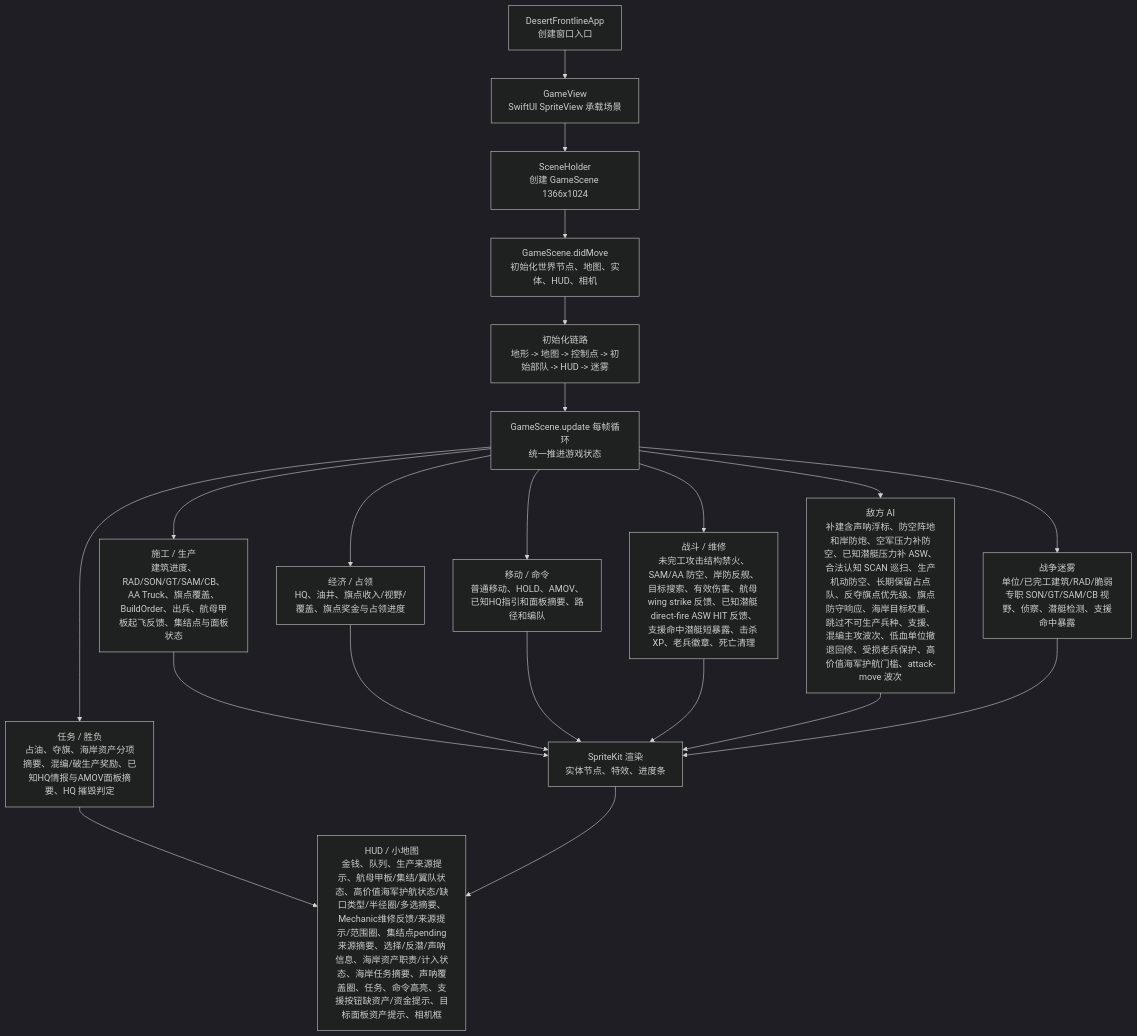
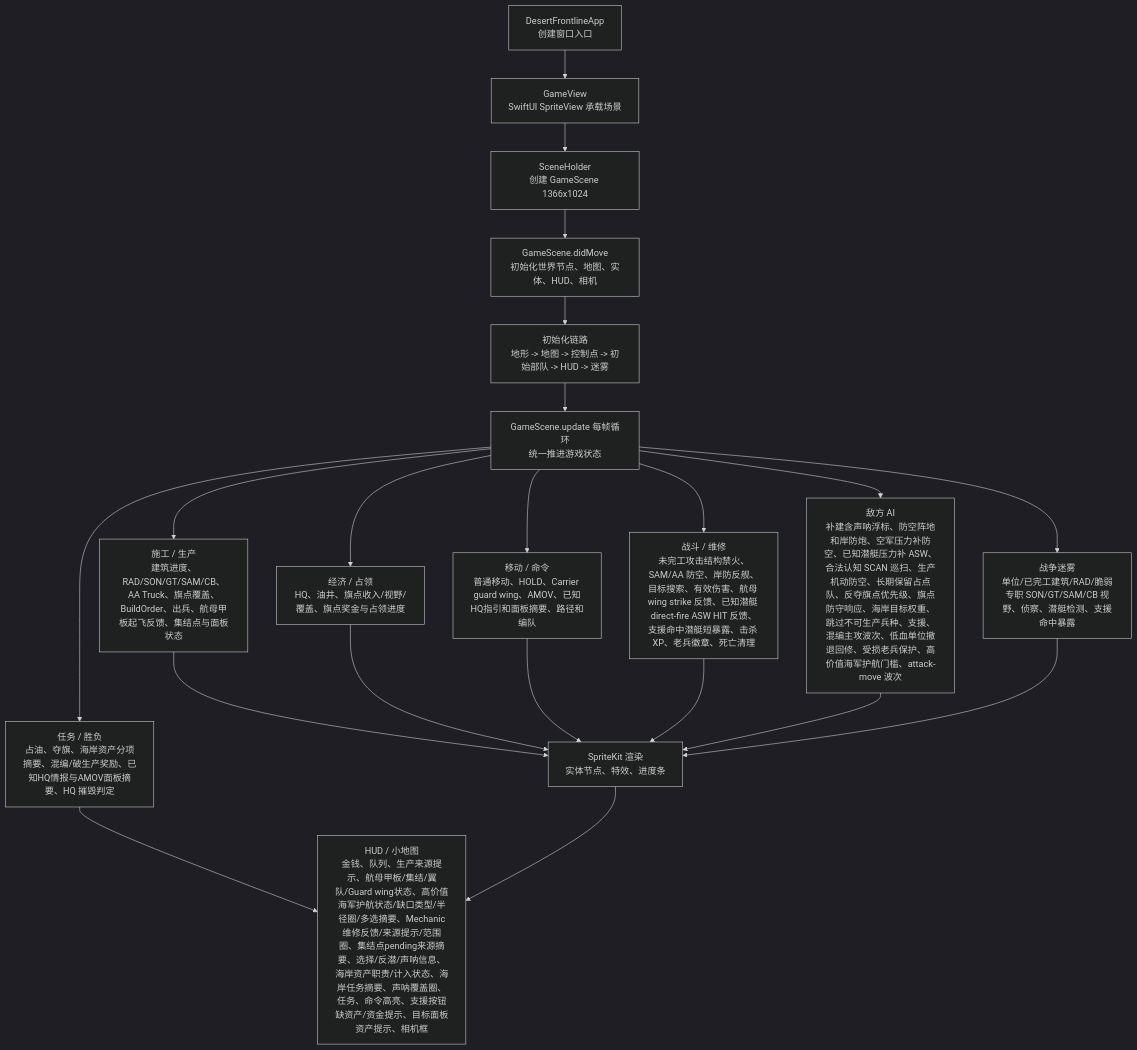
The first of 3 diagrams in md/flow/flowchart.md (Altman-sam114/1145), drawn with Mermaid (dark theme) before and after one commit. The commit also changed other lines of this file and 4 other files, not shown here.

````diff
--- a/md/flow/flowchart.md
+++ b/md/flow/flowchart.md
@@ -9,23 +9,23 @@
 ```mermaid
 flowchart TD
   App["DesertFrontlineApp\n创建窗口入口"] --> View["GameView\nSwiftUI SpriteView 承载场景"]
   View --> Holder["SceneHolder\n创建 GameScene 1366x1024"]
   Holder --> Scene["GameScene.didMove\n初始化世界节点、地图、实体、HUD、相机"]
   Scene --> Init["初始化链路\n地形 -> 地图 -> 控制点 -> 初始部队 -> HUD -> 迷雾"]
   Init --> Loop["GameScene.update 每帧循环\n统一推进游戏状态"]
   Loop --> Build["施工 / 生产\n建筑进度、RAD/SON/GT/SAM/CB、AA Truck、旗点覆盖、BuildOrder、出兵、航母甲板起飞反馈、集结点与面板状态"]
   Loop --> Economy["经济 / 占领\nHQ、油井、旗点收入/视野/覆盖、旗点奖金与占领进度"]
-  Loop --> Commands["移动 / 命令\n普通移动、HOLD、AMOV、已知HQ指引和面板摘要、路径和编队"]
+  Loop --> Commands["移动 / 命令\n普通移动、HOLD、Carrier guard wing、AMOV、已知HQ指引和面板摘要、路径和编队"]
   Loop --> Combat["战斗 / 维修\n未完工攻击结构禁火、SAM/AA 防空、岸防反舰、目标搜索、有效伤害、航母 wing strike 反馈、已知潜艇 direct-fire ASW HIT 反馈、支援命中潜艇短暴露、击杀 XP、老兵徽章、死亡清理"]
   Loop --> AI["敌方 AI\n补建含声呐浮标、防空阵地和岸防炮、空军压力补防空、已知潜艇压力补 ASW、合法认知 SCAN 巡扫、生产机动防空、长期保留占点队、反夺旗点优先级、旗点防守响应、海岸目标权重、跳过不可生产兵种、支援、混编主攻波次、低血单位撤退回修、受损老兵保护、高价值海军护航门槛、attack-move 波次"]
   Loop --> Fog["战争迷雾\n单位/已完工建筑/RAD/脆弱专职 SON/GT/SAM/CB 视野、侦察、潜艇检测、支援命中暴露"]
   Loop --> Mission["任务 / 胜负\n占油、夺旗、海岸资产分项摘要、混编/破生产奖励、已知HQ情报与AMOV面板摘要、HQ 摧毁判定"]
   Build --> Render["SpriteKit 渲染\n实体节点、特效、进度条"]
   Economy --> Render
   Commands --> Render
   Combat --> Render
   AI --> Render
   Fog --> Render
-  Mission --> HUD["HUD / 小地图\n金钱、队列、生产来源提示、航母甲板/集结/翼队状态、高价值海军护航状态/缺口类型/半径圈/多选摘要、Mechanic维修反馈/来源提示/范围圈、集结点pending来源摘要、选择/反潜/声呐信息、海岸资产职责/计入状态、海岸任务摘要、声呐覆盖圈、任务、命令高亮、支援按钮缺资产/资金提示、目标面板资产提示、相机框"]
+  Mission --> HUD["HUD / 小地图\n金钱、队列、生产来源提示、航母甲板/集结/翼队/Guard wing状态、高价值海军护航状态/缺口类型/半径圈/多选摘要、Mechanic维修反馈/来源提示/范围圈、集结点pending来源摘要、选择/反潜/声呐信息、海岸资产职责/计入状态、海岸任务摘要、声呐覆盖圈、任务、命令高亮、支援按钮缺资产/资金提示、目标面板资产提示、相机框"]
   Render --> HUD
 ```
````
